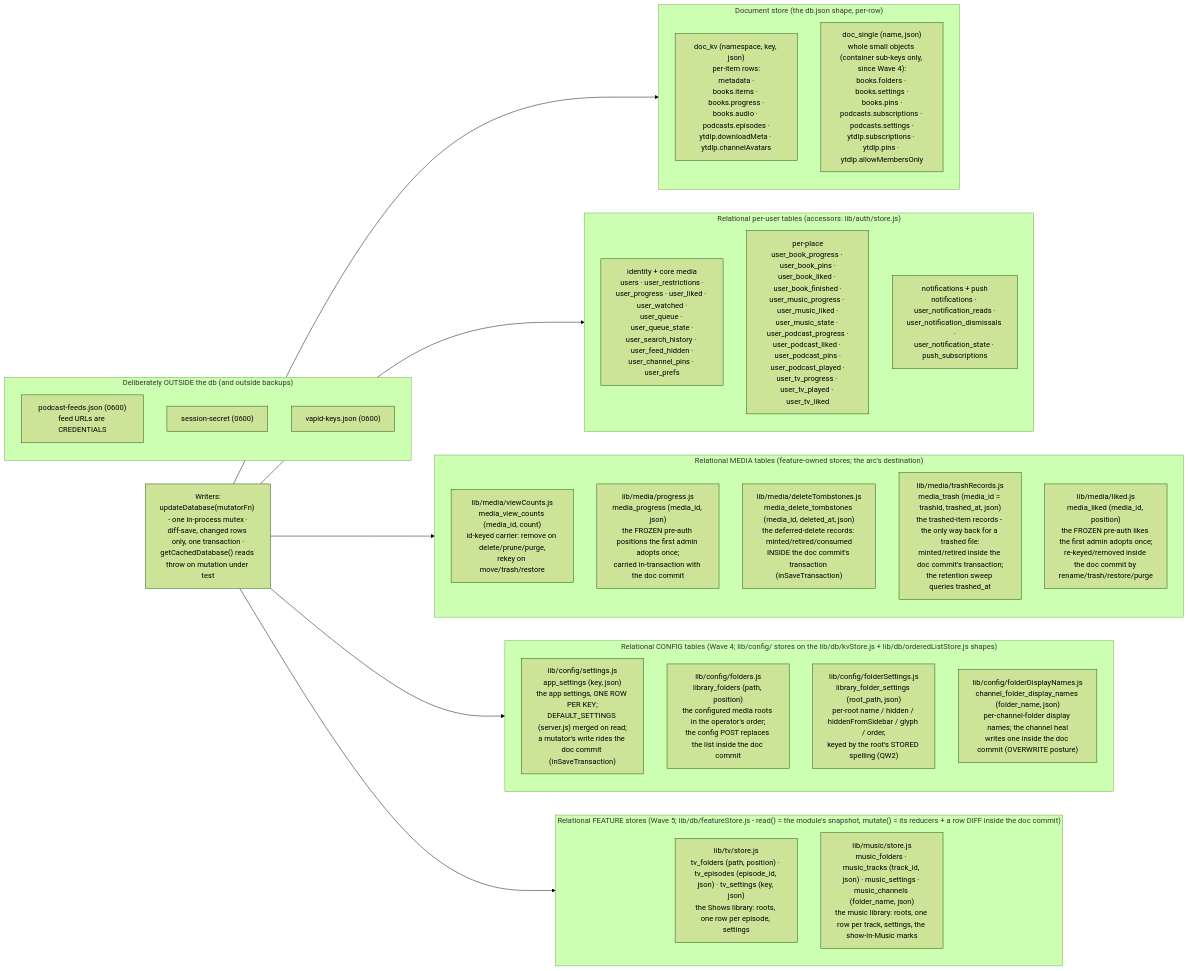
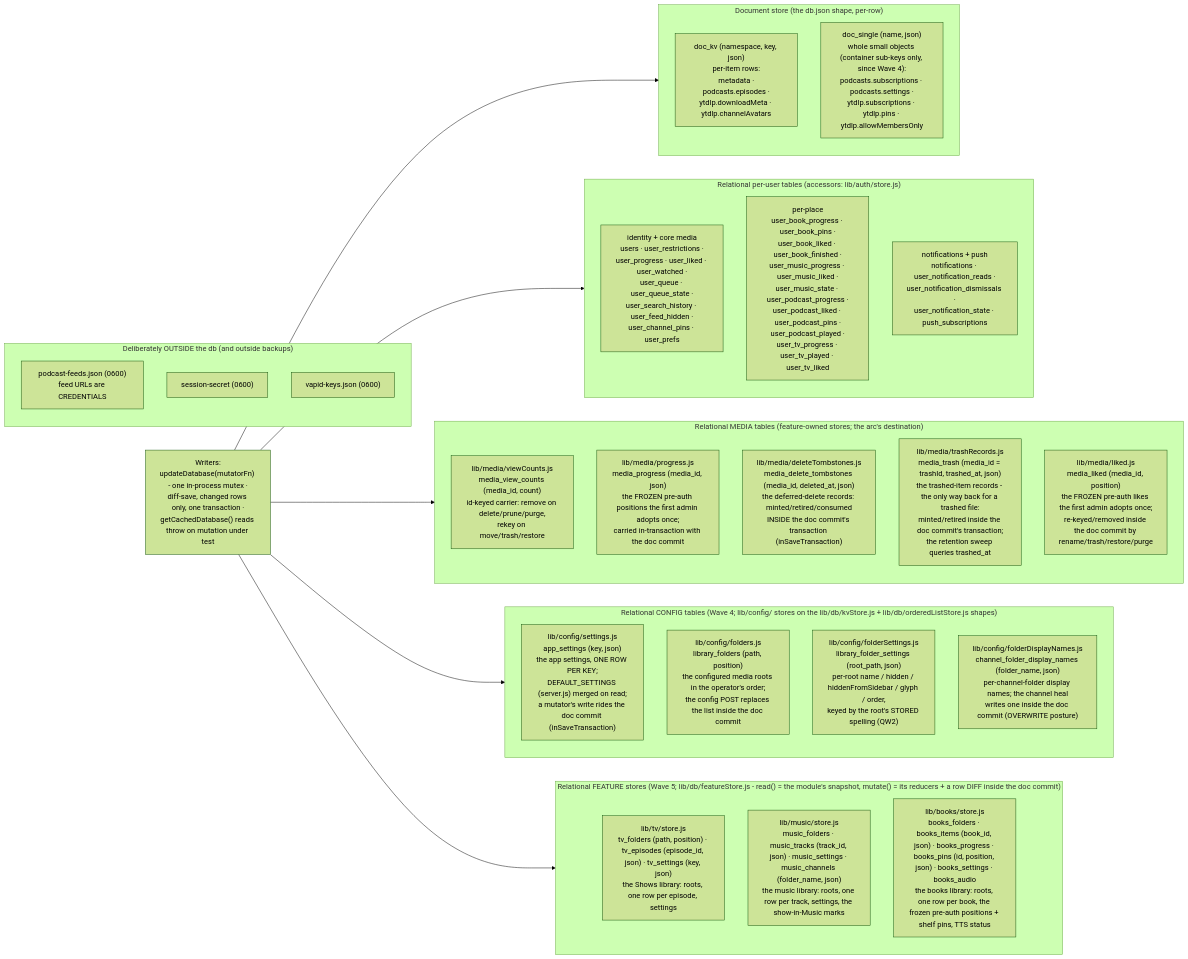
One commit to dtammam/filetube changed the second of 6 diagrams in docs/DIAGRAMS.md. Above: the diagram before and after it, drawn with Mermaid (forest theme). The commit also changed other lines of this file and 23 other files, not shown here.

````diff
--- a/docs/DIAGRAMS.md
+++ b/docs/DIAGRAMS.md
@@ -105,47 +105,48 @@
 ```mermaid
 flowchart LR
     subgraph DOC["Document store (the db.json shape, per-row)"]
-        KV["doc_kv (namespace, key, json)<br/>per-item rows:<br/>metadata ·<br/>books.items · books.progress ·<br/>books.audio · podcasts.episodes ·<br/>ytdlp.downloadMeta · ytdlp.channelAvatars"]
-        SINGLE["doc_single (name, json)<br/>whole small objects (container sub-keys only, since Wave 4):<br/>books.folders · books.settings ·<br/>books.pins ·<br/>podcasts.subscriptions · podcasts.settings ·<br/>ytdlp.subscriptions · ytdlp.pins · ytdlp.allowMembersOnly"]
+        KV["doc_kv (namespace, key, json)<br/>per-item rows:<br/>metadata ·<br/>podcasts.episodes ·<br/>ytdlp.downloadMeta · ytdlp.channelAvatars"]
+        SINGLE["doc_single (name, json)<br/>whole small objects (container sub-keys only, since Wave 4):<br/>podcasts.subscriptions · podcasts.settings ·<br/>ytdlp.subscriptions · ytdlp.pins · ytdlp.allowMembersOnly"]
     end
 
     subgraph REL["Relational per-user tables (accessors: lib/auth/store.js)"]
         CORE["identity + core media<br/>users · user_restrictions ·<br/>user_progress · user_liked · user_watched ·<br/>user_queue · user_queue_state ·<br/>user_search_history · user_feed_hidden ·<br/>user_channel_pins · user_prefs"]
         PLACEST["per-place<br/>user_book_progress · user_book_pins ·<br/>user_book_liked · user_book_finished ·<br/>user_music_progress · user_music_liked ·<br/>user_music_state · user_podcast_progress ·<br/>user_podcast_liked · user_podcast_pins ·<br/>user_podcast_played ·<br/>user_tv_progress · user_tv_played · user_tv_liked"]
         NOTIF["notifications + push<br/>notifications · user_notification_reads ·<br/>user_notification_dismissals ·<br/>user_notification_state · push_subscriptions"]
     end
 
     subgraph MEDIA["Relational MEDIA tables (feature-owned stores; the arc's destination)"]
         VC["lib/media/viewCounts.js<br/>media_view_counts (media_id, count)<br/>id-keyed carrier: remove on delete/prune/purge,<br/>rekey on move/trash/restore"]
         PR["lib/media/progress.js<br/>media_progress (media_id, json)<br/>the FROZEN pre-auth positions the first admin adopts once;<br/>carried in-transaction with the doc commit"]
         DT["lib/media/deleteTombstones.js<br/>media_delete_tombstones (media_id, deleted_at, json)<br/>the deferred-delete records: minted/retired/consumed<br/>INSIDE the doc commit's transaction (inSaveTransaction)"]
         TR["lib/media/trashRecords.js<br/>media_trash (media_id = trashId, trashed_at, json)<br/>the trashed-item records - the only way back for a trashed file:<br/>minted/retired inside the doc commit's transaction;<br/>the retention sweep queries trashed_at"]
         LK["lib/media/liked.js<br/>media_liked (media_id, position)<br/>the FROZEN pre-auth likes the first admin adopts once;<br/>re-keyed/removed inside the doc commit by rename/trash/restore/purge"]
     end
 
     subgraph CONFIG["Relational CONFIG tables (Wave 4; lib/config/ stores on the lib/db/kvStore.js + lib/db/orderedListStore.js shapes)"]
         ST["lib/config/settings.js<br/>app_settings (key, json)<br/>the app settings, ONE ROW PER KEY;<br/>DEFAULT_SETTINGS (server.js) merged on read;<br/>a mutator's write rides the doc commit (inSaveTransaction)"]
         FO["lib/config/folders.js<br/>library_folders (path, position)<br/>the configured media roots in the operator's order;<br/>the config POST replaces the list inside the doc commit"]
         FS["lib/config/folderSettings.js<br/>library_folder_settings (root_path, json)<br/>per-root name / hidden / hiddenFromSidebar / glyph / order,<br/>keyed by the root's STORED spelling (QW2)"]
         FD["lib/config/folderDisplayNames.js<br/>channel_folder_display_names (folder_name, json)<br/>per-channel-folder display names; the channel heal<br/>writes one inside the doc commit (OVERWRITE posture)"]
     end
 
     subgraph FEATURES["Relational FEATURE stores (Wave 5; lib/db/featureStore.js - read() = the module's snapshot, mutate() = its reducers + a row DIFF inside the doc commit)"]
         TV["lib/tv/store.js<br/>tv_folders (path, position) · tv_episodes (episode_id, json) · tv_settings (key, json)<br/>the Shows library: roots, one row per episode, settings"]
         MU["lib/music/store.js<br/>music_folders · music_tracks (track_id, json) · music_settings · music_channels (folder_name, json)<br/>the music library: roots, one row per track, settings, the show-in-Music marks"]
+        BK["lib/books/store.js<br/>books_folders · books_items (book_id, json) · books_progress · books_pins (id, position, json) · books_settings · books_audio<br/>the books library: roots, one row per book, the frozen pre-auth positions + shelf pins, TTS status"]
     end
 
     subgraph OUT["Deliberately OUTSIDE the db (and outside backups)"]
         FEEDS["podcast-feeds.json (0600)<br/>feed URLs are CREDENTIALS"]
         SS["session-secret (0600)"]
         VAPID["vapid-keys.json (0600)"]
     end
 
     WRITERS["Writers:<br/>updateDatabase(mutatorFn) - one in-process mutex ·<br/>diff-save, changed rows only, one transaction ·<br/>getCachedDatabase() reads throw on mutation under test"]
 
     WRITERS --> DOC
     WRITERS --> REL
     WRITERS --> MEDIA
     WRITERS --> CONFIG
     WRITERS --> FEATURES
 ```
````
